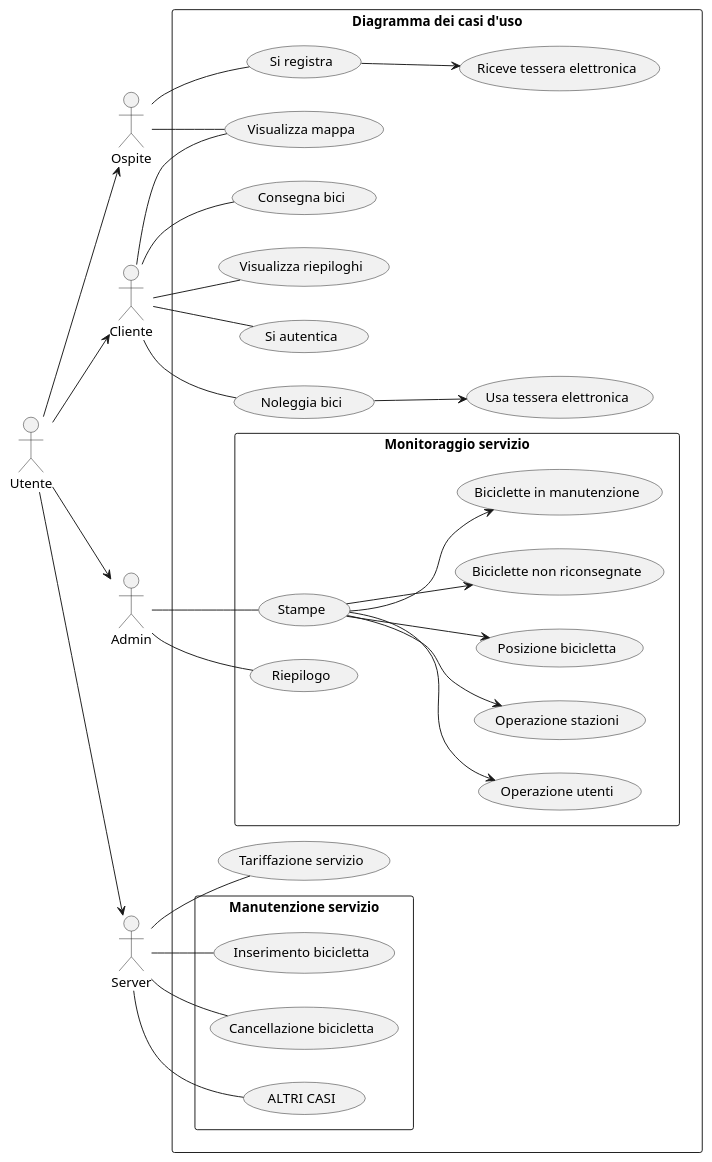
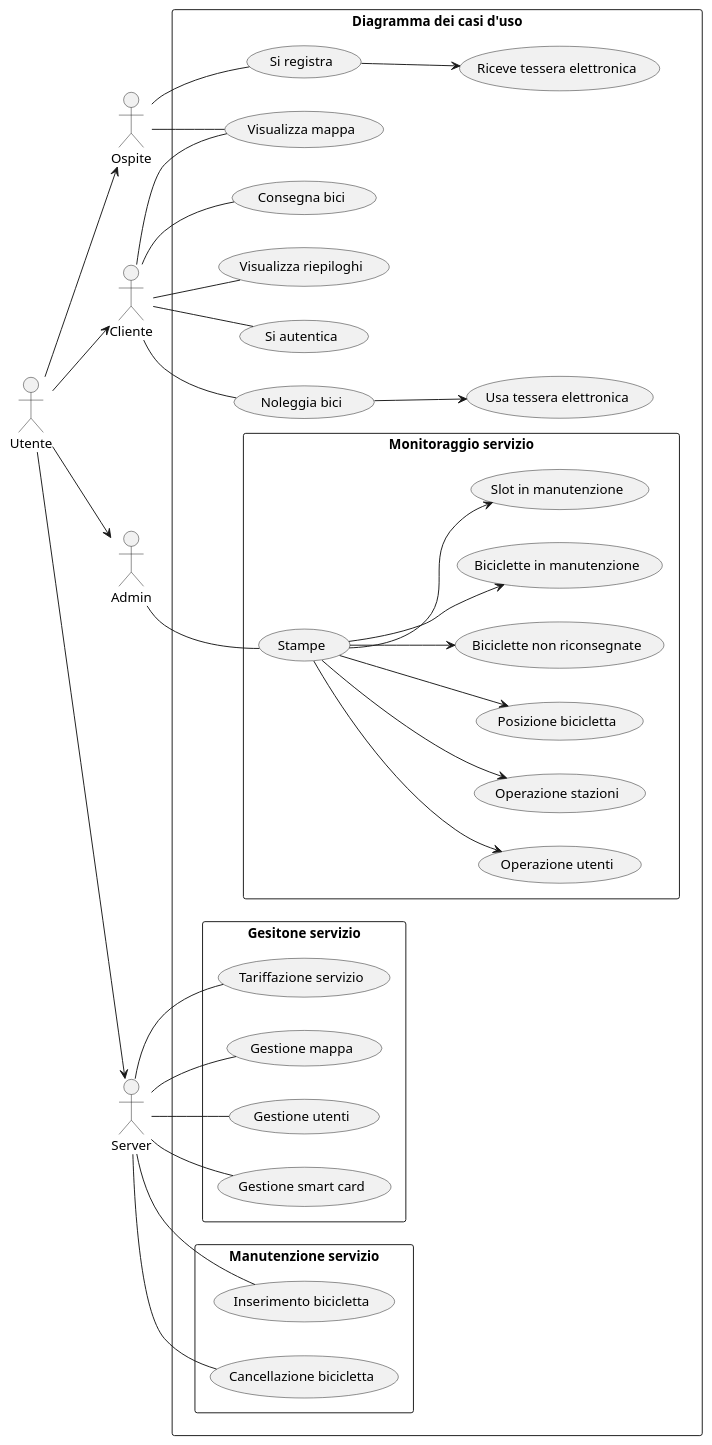
Before and after one commit to AlbertoMonti05/simulazioneEsame_noleggioBiciclette: the diagram in file/diagrammi/plantUML/useCase.puml, drawn with PlantUML.

Commit message:
Aggiornamento casi d'uso

```diff
--- a/file/diagrammi/plantUML/useCase.puml
+++ b/file/diagrammi/plantUML/useCase.puml
@@ -1,47 +1,51 @@
 @startuml useCase
 left to right direction
 actor Utente
 actor Ospite
 actor Cliente
 actor Admin
 actor "Server" as S
 
 Utente --> Ospite
 Utente --> Cliente
 Utente --> Admin
 Utente --> S
 
 rectangle "Diagramma dei casi d'uso"{
   Ospite -- (Visualizza mappa)
   Ospite -- (Si registra)
   (Si registra) --> (Riceve tessera elettronica)
 
   Cliente -- (Visualizza mappa)
   Cliente -- (Visualizza riepiloghi)
   Cliente -- (Si autentica)
   Cliente -- (Noleggia bici)
   (Noleggia bici) --> (Usa tessera elettronica)
   Cliente -- (Consegna bici)
 
-  S -- (Tariffazione servizio)
-
   rectangle "Monitoraggio servizio"{
     Admin -- (Stampe)
-    Admin -- (Riepilogo)
     (Stampe) --> (Operazione utenti)
     (Stampe) --> (Operazione stazioni)
     (Stampe) --> (Posizione bicicletta)
     (Stampe) --> (Biciclette non riconsegnate)
     (Stampe) --> (Biciclette in manutenzione)
+    (Stampe) --> (Slot in manutenzione)
 
   }
 
   rectangle "Manutenzione servizio"{
     S -- (Inserimento bicicletta)
     S -- (Cancellazione bicicletta)
-    S -- (ALTRI CASI)
+  }
+
+  rectangle "Gesitone servizio"{
+    S -- (Tariffazione servizio)
+    S -- (Gestione mappa)
+    S -- (Gestione utenti)
+    S -- (Gestione smart card)
   }
 
 }
 
 @enduml
```
